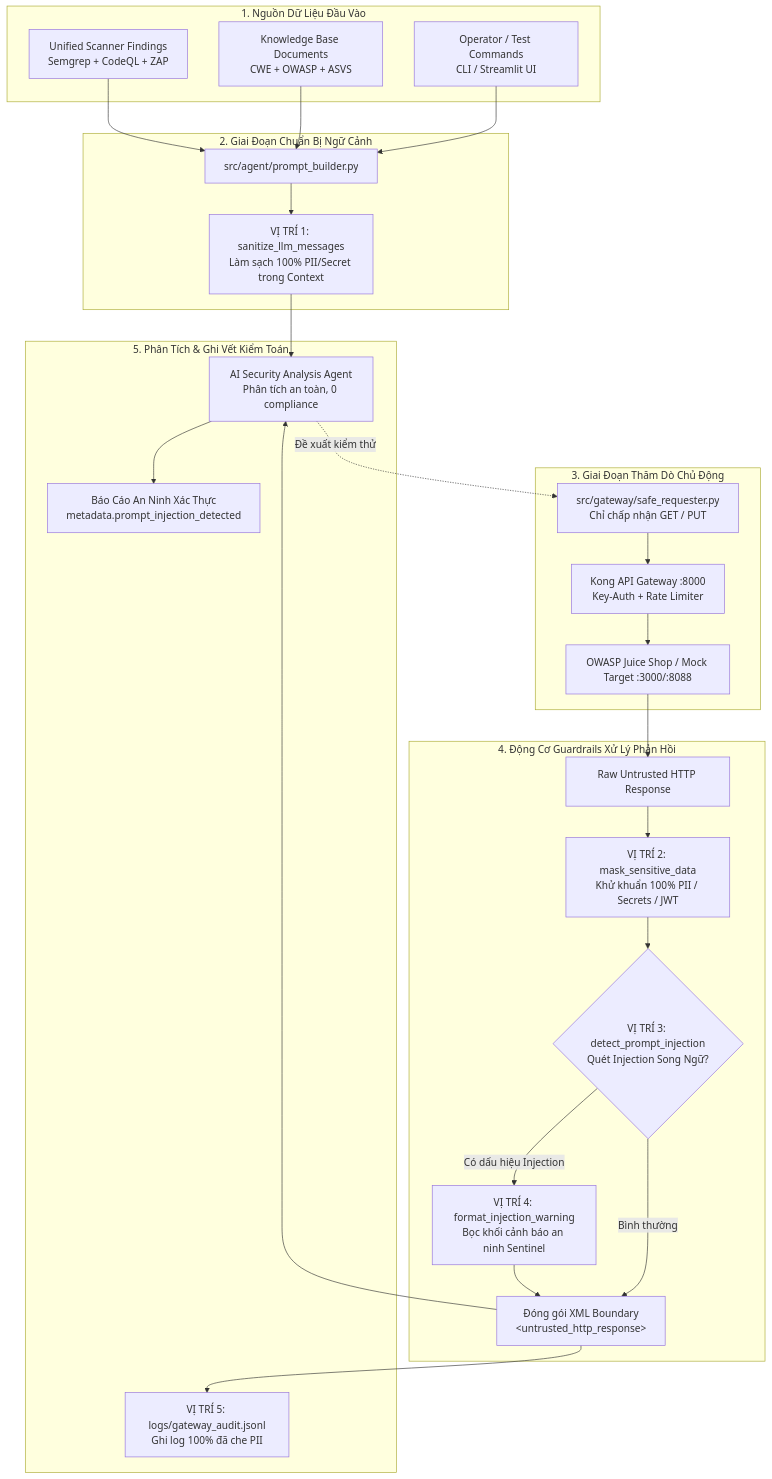
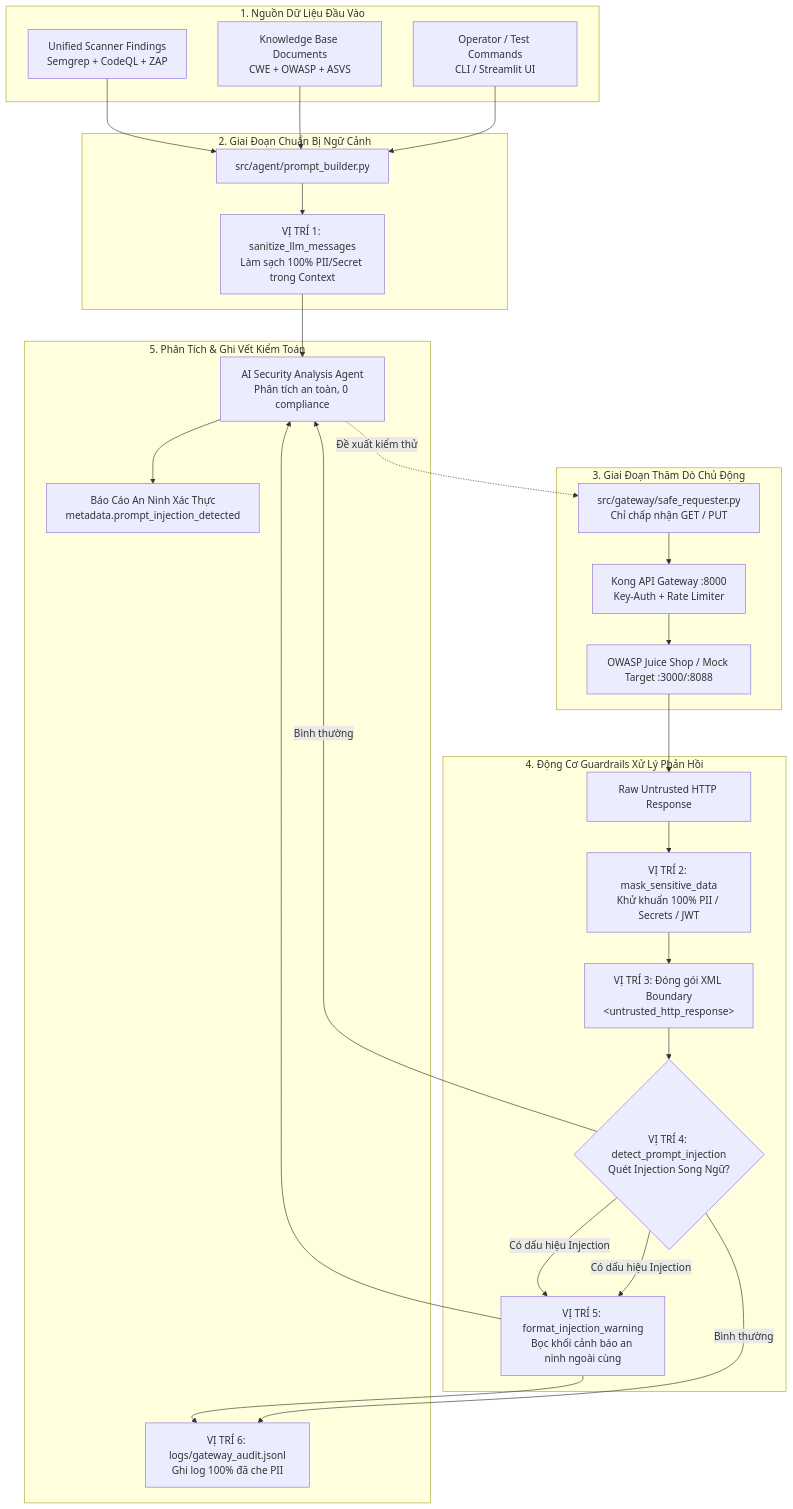
One commit to HuanNT03/2026-08-22_NguyenTienHuan_Week6 changed the diagram in docs/reports/week5/week-5-guardrails-and-redaction.md. Above: the diagram before and after it, drawn with Mermaid.

Commit message:
docs(report): refine mermaid diagram to match exact guardrails execution order

````diff
--- a/docs/reports/week5/week-5-guardrails-and-redaction.md
+++ b/docs/reports/week5/week-5-guardrails-and-redaction.md
@@ -17,47 +17,47 @@
 ```mermaid
 flowchart TD
     subgraph DataSources [1. Nguồn Dữ Liệu Đầu Vào]
         Findings[Unified Scanner Findings<br/>Semgrep + CodeQL + ZAP]
         KB[Knowledge Base Documents<br/>CWE + OWASP + ASVS]
         User[Operator / Test Commands<br/>CLI / Streamlit UI]
     end
 
     subgraph PromptPrep [2. Giai Đoạn Chuẩn Bị Ngữ Cảnh]
         PromptBuilder[src/agent/prompt_builder.py]
         SanitizeLLM[VỊ TRÍ 1: sanitize_llm_messages<br/>Làm sạch 100% PII/Secret trong Context]
     end
 
     subgraph ActiveProbe [3. Giai Đoạn Thăm Dò Chủ Động]
         SafeReq[src/gateway/safe_requester.py<br/>Chỉ chấp nhận GET / PUT]
         KongGW[Kong API Gateway :8000<br/>Key-Auth + Rate Limiter]
         TargetApp[OWASP Juice Shop / Mock Target :3000/:8088]
     end
 
     subgraph GuardrailsEngine [4. Động Cơ Guardrails Xử Lý Phản Hồi]
         RawResp[Raw Untrusted HTTP Response]
         Redactor[VỊ TRÍ 2: mask_sensitive_data<br/>Khử khuẩn 100% PII / Secrets / JWT]
-        DetectInj{VỊ TRÍ 3: detect_prompt_injection<br/>Quét Injection Song Ngữ?}
-        WrapWarning[VỊ TRÍ 4: format_injection_warning<br/>Bọc khối cảnh báo an ninh Sentinel]
-        WrapXML[Đóng gói XML Boundary<br/>&lt;untrusted_http_response&gt;]
+        WrapXML[VỊ TRÍ 3: Đóng gói XML Boundary<br/>&lt;untrusted_http_response&gt;]
+        DetectInj{VỊ TRÍ 4: detect_prompt_injection<br/>Quét Injection Song Ngữ?}
+        WrapWarning[VỊ TRÍ 5: format_injection_warning<br/>Bọc khối cảnh báo an ninh ngoài cùng]
     end
 
     subgraph Downstream [5. Phân Tích & Ghi Vết Kiểm Toán]
         AgentLLM[AI Security Analysis Agent<br/>Phân tích an toàn, 0 compliance]
-        AuditLog[VỊ TRÍ 5: logs/gateway_audit.jsonl<br/>Ghi log 100% đã che PII]
+        AuditLog[VỊ TRÍ 6: logs/gateway_audit.jsonl<br/>Ghi log 100% đã che PII]
         Report[Báo Cáo An Ninh Xác Thực<br/>metadata.prompt_injection_detected]
     end
 
     Findings --> PromptBuilder
     KB --> PromptBuilder
     User --> PromptBuilder
     PromptBuilder --> SanitizeLLM --> AgentLLM
 
     AgentLLM -.->|Đề xuất kiểm thử| SafeReq
     SafeReq --> KongGW --> TargetApp --> RawResp
-    RawResp --> Redactor --> DetectInj
-    DetectInj -->|Có dấu hiệu Injection| WrapWarning --> WrapXML
-    DetectInj -->|Bình thường| WrapXML
-    WrapXML --> AgentLLM
-    WrapXML --> AuditLog
+    RawResp --> Redactor --> WrapXML --> DetectInj
+    DetectInj -->|Có dấu hiệu Injection| WrapWarning --> AgentLLM
+    DetectInj -->|Có dấu hiệu Injection| WrapWarning --> AuditLog
+    DetectInj -->|Bình thường| AgentLLM
+    DetectInj -->|Bình thường| AuditLog
     AgentLLM --> Report
 ```
````
